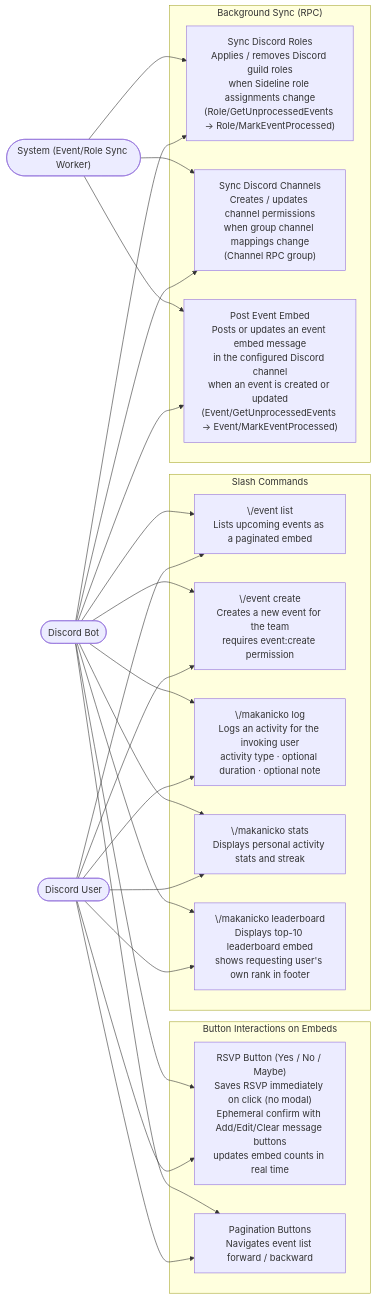
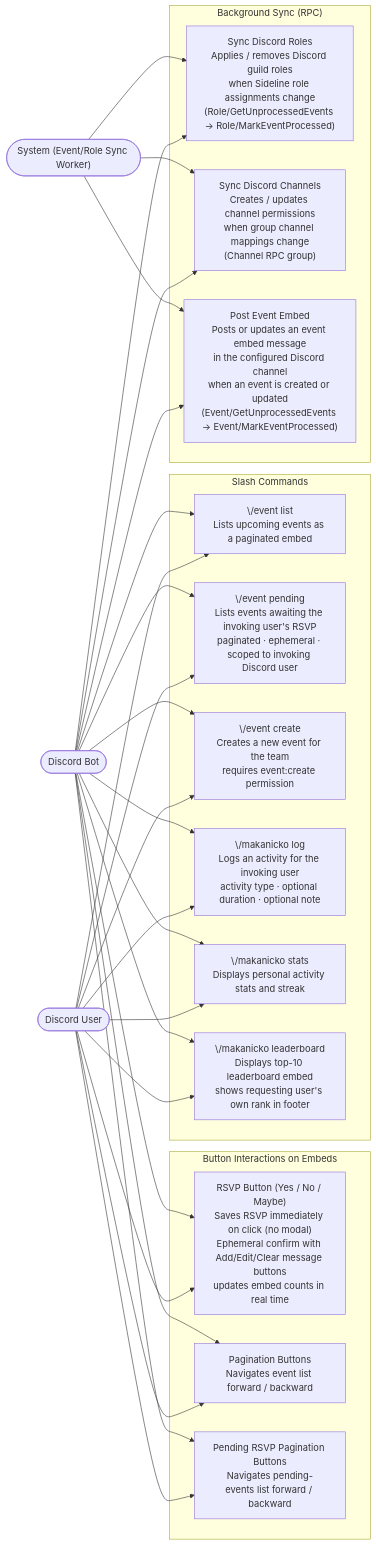
Before and after one commit to maxa-ondrej/sideline: the ninth of 9 diagrams in docs/thesis/use-cases.md, drawn with Mermaid. The commit also changed other lines of this file and 20 other files, not shown here.

First line of the commit message:
fix: show plain names instead of unreliable Discord mentions + add /event pending (#199)

````diff
--- a/docs/thesis/use-cases.md
+++ b/docs/thesis/use-cases.md
@@ -449,48 +451,54 @@
 ```mermaid
 flowchart LR
     DU(["Discord User"])
     BOT(["Discord Bot"])
     SYS(["System (Event/Role Sync Worker)"])
 
     subgraph SLASH["Slash Commands"]
         UC_EVT_LIST["\/event list\nLists upcoming events as a paginated embed"]
+        UC_EVT_PENDING["\/event pending\nLists events awaiting the invoking user's RSVP\npaginated · ephemeral · scoped to invoking Discord user"]
         UC_EVT_CREATE["\/event create\nCreates a new event for the team\nrequires event:create permission"]
         UC_MAK_LOG["\/makanicko log\nLogs an activity for the invoking user\nactivity type · optional duration · optional note"]
         UC_MAK_STATS["\/makanicko stats\nDisplays personal activity stats and streak"]
         UC_MAK_LB["\/makanicko leaderboard\nDisplays top-10 leaderboard embed\nshows requesting user's own rank in footer"]
     end
 
     subgraph BUTTONS["Button Interactions on Embeds"]
         UC_BTN_RSVP["RSVP Button (Yes / No / Maybe)\nSaves RSVP immediately on click (no modal)\nEphemeral confirm with Add/Edit/Clear message buttons\nupdates embed counts in real time"]
         UC_BTN_PAGE["Pagination Buttons\nNavigates event list forward / backward"]
+        UC_BTN_PENDING_PAGE["Pending RSVP Pagination Buttons\nNavigates pending-events list forward / backward"]
     end
 
     subgraph SYNC["Background Sync (RPC)"]
         UC_SYNC_ROLES["Sync Discord Roles\nApplies / removes Discord guild roles\nwhen Sideline role assignments change\n(Role/GetUnprocessedEvents → Role/MarkEventProcessed)"]
         UC_SYNC_CHANNELS["Sync Discord Channels\nCreates / updates channel permissions\nwhen group channel mappings change\n(Channel RPC group)"]
         UC_POST_EMBED["Post Event Embed\nPosts or updates an event embed message\nin the configured Discord channel\nwhen an event is created or updated\n(Event/GetUnprocessedEvents → Event/MarkEventProcessed)"]
     end
 
     DU --> UC_EVT_LIST
+    DU --> UC_EVT_PENDING
     DU --> UC_EVT_CREATE
     DU --> UC_MAK_LOG
     DU --> UC_MAK_STATS
     DU --> UC_MAK_LB
     DU --> UC_BTN_RSVP
     DU --> UC_BTN_PAGE
+    DU --> UC_BTN_PENDING_PAGE
 
     BOT --> UC_EVT_LIST
+    BOT --> UC_EVT_PENDING
     BOT --> UC_EVT_CREATE
     BOT --> UC_MAK_LOG
     BOT --> UC_MAK_STATS
     BOT --> UC_MAK_LB
     BOT --> UC_BTN_RSVP
     BOT --> UC_BTN_PAGE
+    BOT --> UC_BTN_PENDING_PAGE
     BOT --> UC_SYNC_ROLES
     BOT --> UC_SYNC_CHANNELS
     BOT --> UC_POST_EMBED
 
     SYS --> UC_SYNC_ROLES
     SYS --> UC_SYNC_CHANNELS
     SYS --> UC_POST_EMBED
 ```
````
